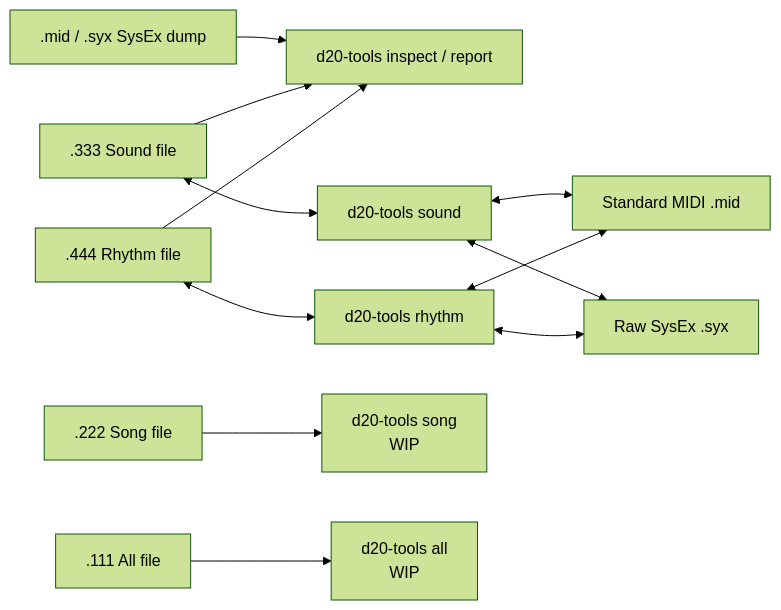
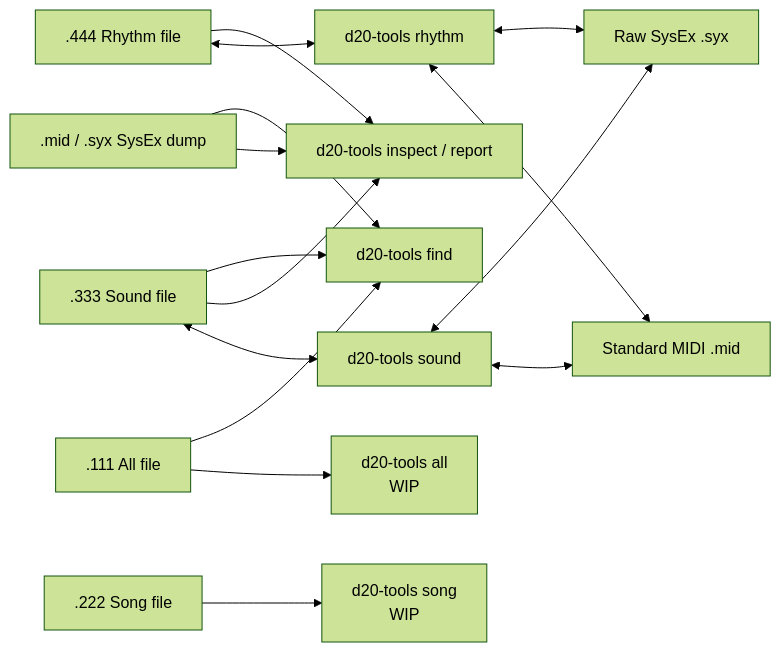
The diagram in README.md (rjburrows/roland-d20-tools), drawn with Mermaid (forest theme) before and after one commit. The commit also changed other lines of this file and 4 other files, not shown here.

````diff
--- a/README.md
+++ b/README.md
@@ -52,14 +54,17 @@
 ```mermaid
 flowchart LR
     K[.mid / .syx SysEx dump] --> L[d20-tools inspect / report]
+    K --> M[d20-tools find]
     A[.333 Sound file] <--> B[d20-tools sound]
     C[.444 Rhythm file] <--> D[d20-tools rhythm]
     A --> L
+    A --> M
     C --> L
     B <--> E[Standard MIDI .mid]
     B <--> F[Raw SysEx .syx]
     D <--> E
     D <--> F
     G[.222 Song file] --> H[d20-tools song\nWIP]
     I[.111 All file] --> J[d20-tools all\nWIP]
+    I --> M
 ```
````
